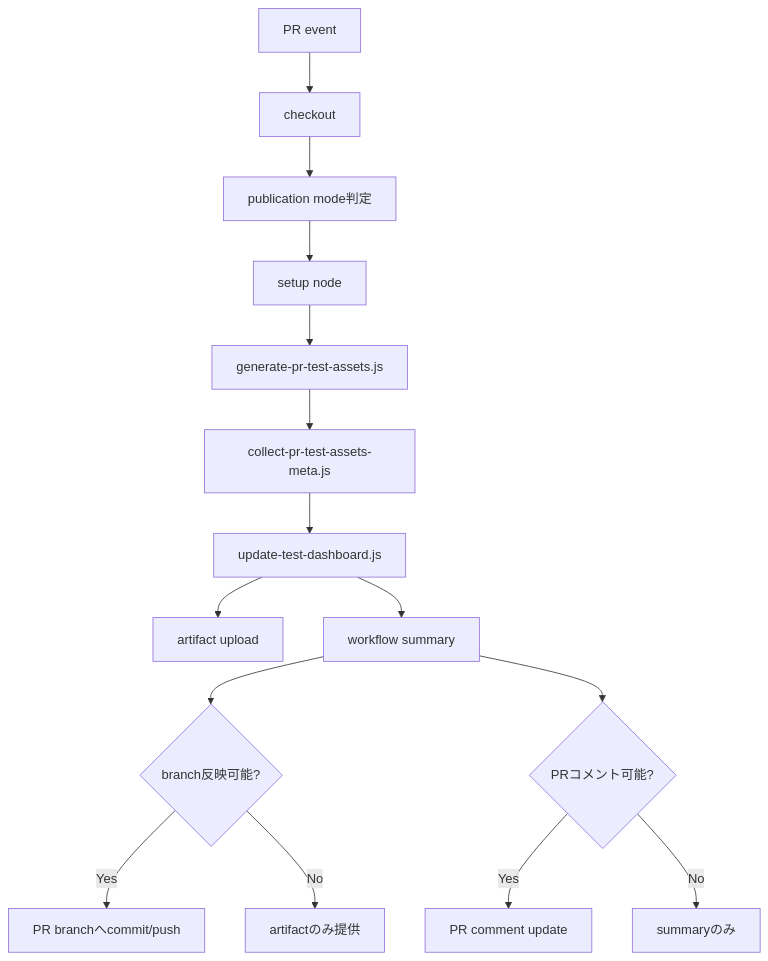
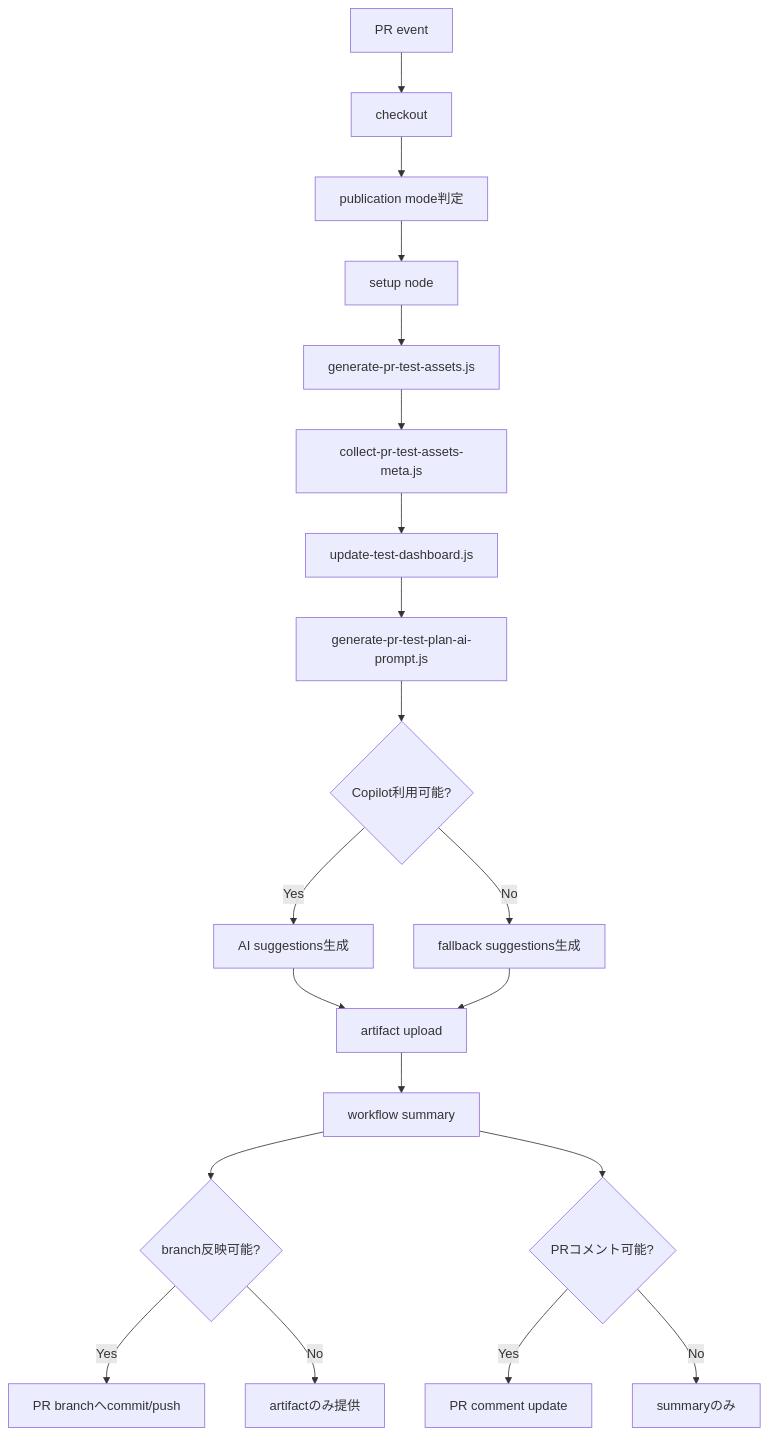
Before and after one commit to cocomomojo/test_app: the second of 2 diagrams in qa/test-management/auto-generation-design.md, drawn with Mermaid. The commit also changed other lines of this file and 2 other files, not shown here.

Commit message:
feat: add Copilot suggestions to PR test plan workflow

````diff
--- a/qa/test-management/auto-generation-design.md
+++ b/qa/test-management/auto-generation-design.md
@@ -159,17 +164,22 @@
 ```mermaid
 flowchart TD
   A[PR event] --> B[checkout]
   B --> C[publication mode判定]
   C --> D[setup node]
   D --> E[generate-pr-test-assets.js]
   E --> F[collect-pr-test-assets-meta.js]
   F --> G[update-test-dashboard.js]
-  G --> H[artifact upload]
-  G --> I[workflow summary]
-  I --> J{branch反映可能?}
-  J -->|Yes| K[PR branchへcommit/push]
-  J -->|No| L[artifactのみ提供]
-  I --> M{PRコメント可能?}
-  M -->|Yes| N[PR comment update]
-  M -->|No| O[summaryのみ]
+  G --> H[generate-pr-test-plan-ai-prompt.js]
+  H --> I{Copilot利用可能?}
+  I -->|Yes| J[AI suggestions生成]
+  I -->|No| K[fallback suggestions生成]
+  J --> L[artifact upload]
+  K --> L
+  L --> M[workflow summary]
+  M --> N{branch反映可能?}
+  N -->|Yes| O[PR branchへcommit/push]
+  N -->|No| P[artifactのみ提供]
+  M --> Q{PRコメント可能?}
+  Q -->|Yes| R[PR comment update]
+  Q -->|No| S[summaryのみ]
 ```
````
